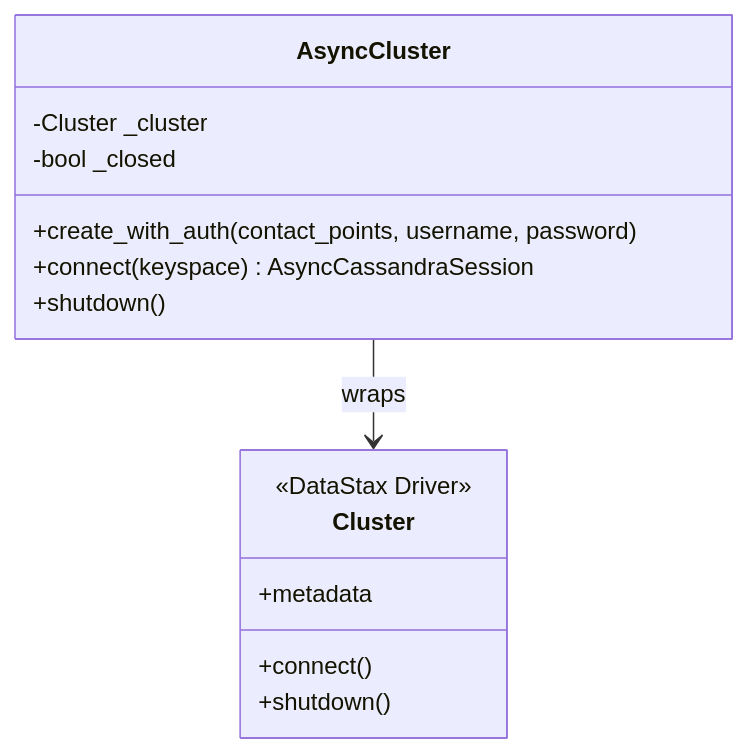
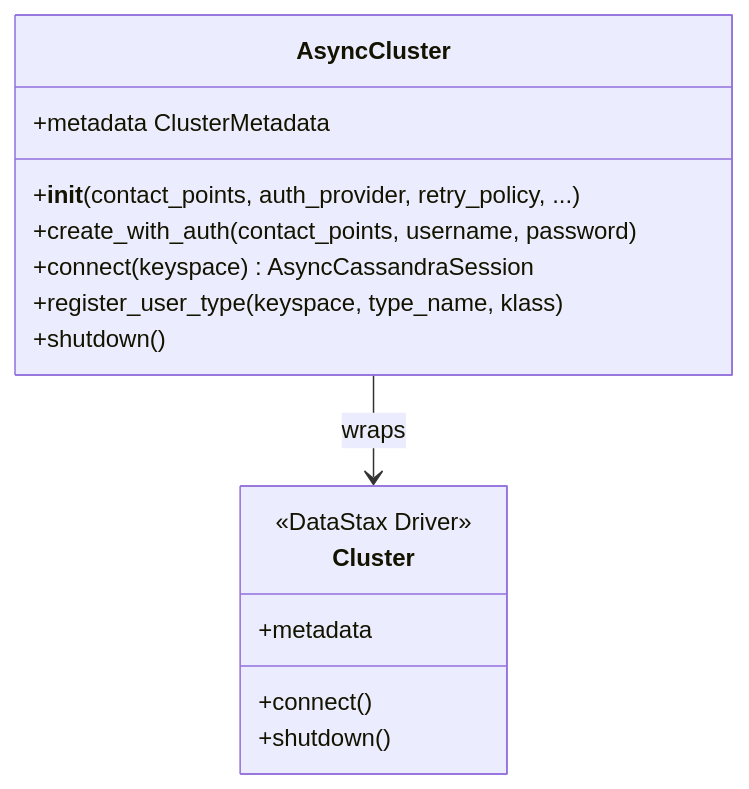
The third of 20 diagrams in docs/architecture.md (axonops/async-python-cassandra), drawn with Mermaid before and after one commit. The commit also changed other lines of this file, not shown here.

````diff
--- a/docs/architecture.md
+++ b/docs/architecture.md
@@ -65,19 +74,20 @@
 ```mermaid
 classDiagram
     class AsyncCluster {
-        -Cluster _cluster
-        -bool _closed
+        +metadata ClusterMetadata
+        +__init__(contact_points, auth_provider, retry_policy, ...)
         +create_with_auth(contact_points, username, password)
         +connect(keyspace) AsyncCassandraSession
+        +register_user_type(keyspace, type_name, klass)
         +shutdown()
     }
     
     class Cluster {
         <<DataStax Driver>>
         +connect()
         +shutdown()
         +metadata
     }
     
     AsyncCluster --> Cluster : wraps
 ```
````
